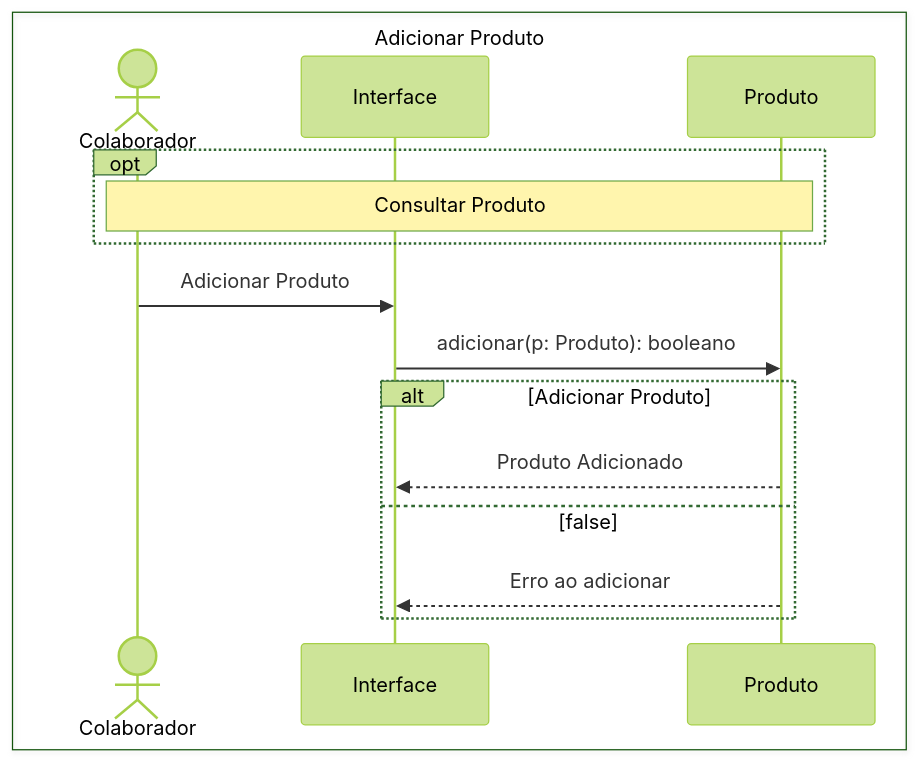
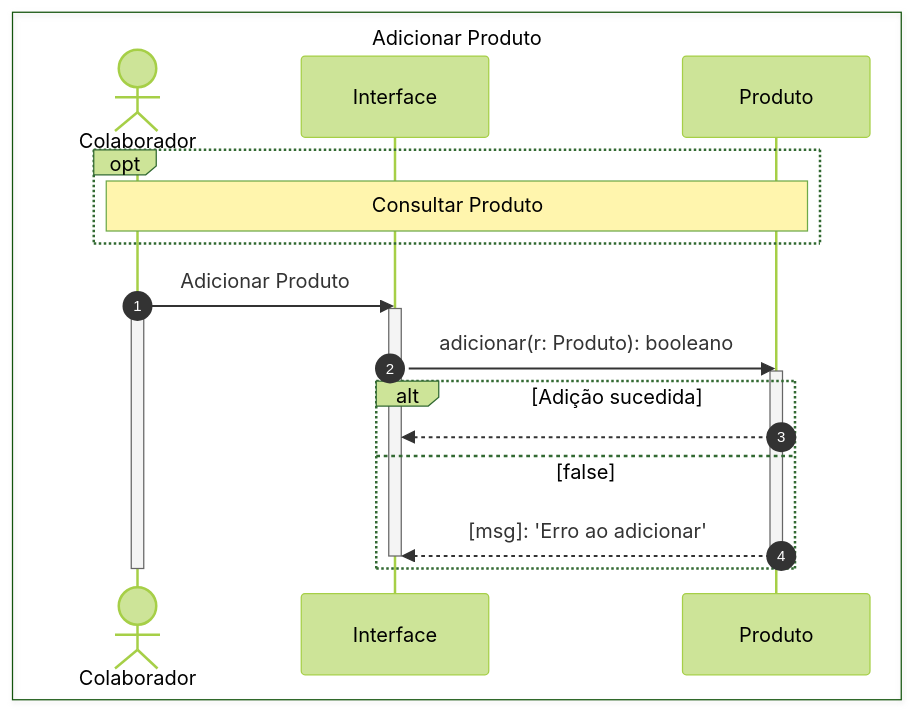
Before and after one commit to anderson-gpc/colab: the second of 4 diagrams in DS_Manter_Produto.md, drawn with Mermaid (forest theme). The commit also changed other lines of this file, not shown here.

````diff
--- a/DS_Manter_Produto.md
+++ b/DS_Manter_Produto.md
@@ -18,18 +27,28 @@
 ```mermaid
 sequenceDiagram
+    autonumber
     box Adicionar Produto
         actor Colaborador
         participant Interface
         participant Produto
     end
+
     opt
         note over Colaborador, Produto: Consultar Produto
     end
+
     Colaborador->>Interface: Adicionar Produto
-    Interface->>Produto: adicionar(p: Produto): booleano
-    alt Adicionar Produto
-        Produto-->>Interface: Produto Adicionado
+    activate Colaborador
+    activate Interface
+    Interface->>Produto: adicionar(r: Produto): booleano
+    activate Produto
+
+    alt Adição sucedida
+        Produto-->>Interface: 
     else false
-        Produto-->>Interface: Erro ao adicionar
+        Produto-->>Interface: [msg]: 'Erro ao adicionar'
+        deactivate Produto
+        deactivate Interface
     end
+    deactivate Colaborador
 ```
````
